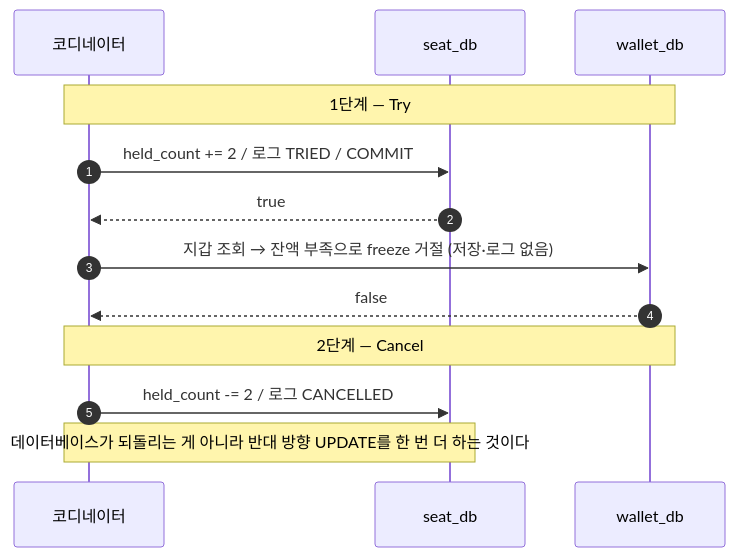
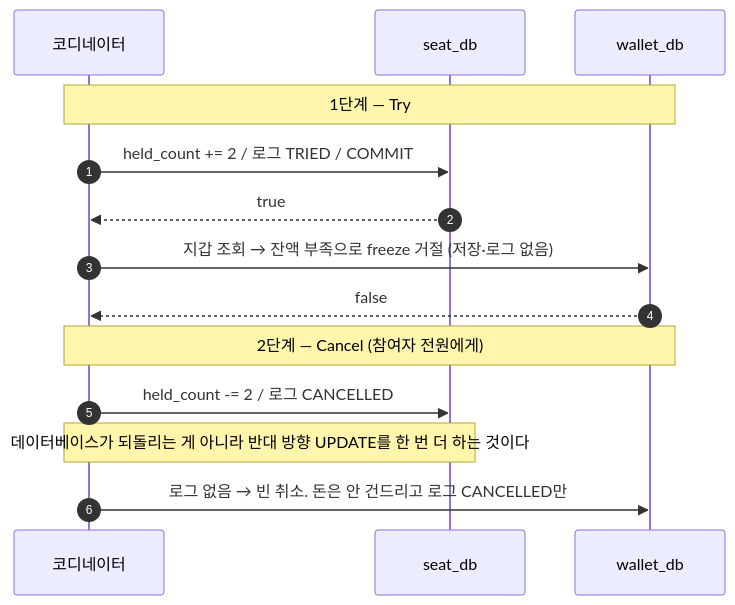
Before and after one commit to HJC96/deep-dive: the second of 3 diagrams in labs/distributed-transaction-tcc/README.md, drawn with Mermaid. The commit also changed other lines of this file and 3 other files, not shown here.

First line of the commit message:
test(tcc): 지갑 참여자 안전성 테스트와 전원 Cancel(지갑 빈 취소) 검증 추가

````diff
--- a/labs/distributed-transaction-tcc/README.md
+++ b/labs/distributed-transaction-tcc/README.md
@@ -78,17 +78,18 @@
 ```mermaid
 sequenceDiagram
     autonumber
     participant C as 코디네이터
     participant S as seat_db
     participant W as wallet_db
 
     Note over C,W: 1단계 — Try
     C->>S: held_count += 2 / 로그 TRIED / COMMIT
     S-->>C: true
     C->>W: 지갑 조회 → 잔액 부족으로 freeze 거절 (저장·로그 없음)
     W-->>C: false
 
-    Note over C,W: 2단계 — Cancel
+    Note over C,W: 2단계 — Cancel (참여자 전원에게)
     C->>S: held_count -= 2 / 로그 CANCELLED
     Note over C,S: 데이터베이스가 되돌리는 게 아니라 반대 방향 UPDATE를 한 번 더 하는 것이다
+    C->>W: 로그 없음 → 빈 취소. 돈은 안 건드리고 로그 CANCELLED만
 ```
````
